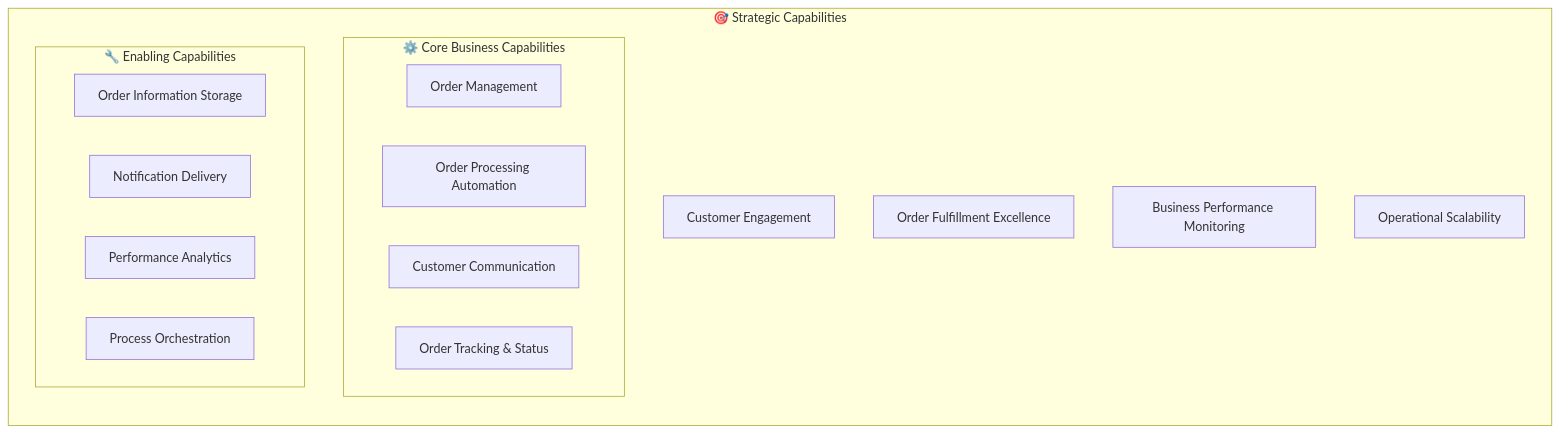
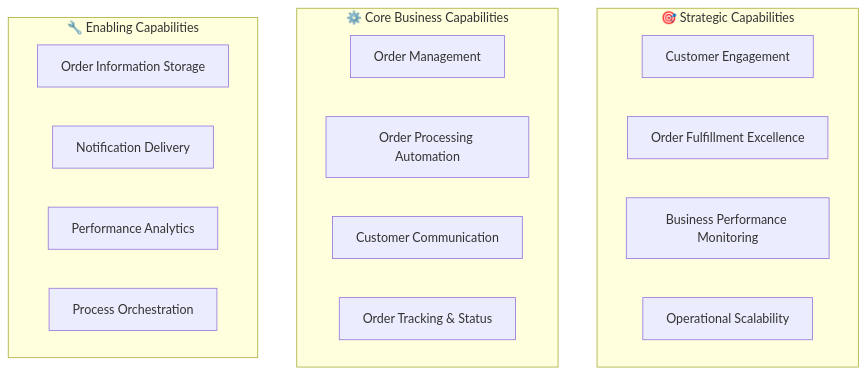
Before and after one commit to Evilazaro/Azure-LogicApps-Monitoring: the first of 8 diagrams in docs/architecture/business-architecture.md, drawn with Mermaid.

Commit message:
docs: Change flowchart direction from TD to LR for improved clarity in Business Architecture document

````diff
--- a/docs/architecture/business-architecture.md
+++ b/docs/architecture/business-architecture.md
@@ -126,25 +126,26 @@
 ```mermaid
 flowchart TD
     subgraph strategic["🎯 Strategic Capabilities"]
-        direction TD
+        direction LR
         SC1["Customer Engagement"]
         SC2["Order Fulfillment Excellence"]
         SC3["Business Performance Monitoring"]
         SC4["Operational Scalability"]
-        subgraph core["⚙️ Core Business Capabilities"]
-            direction LR
-            CC1["Order Management"]
-            CC2["Order Processing Automation"]
-            CC3["Customer Communication"]
-            CC4["Order Tracking & Status"]
-        end
-        subgraph enabling["🔧 Enabling Capabilities"]
-            direction LR
-            EC1["Order Information Storage"]
-            EC2["Notification Delivery"]
-            EC3["Performance Analytics"]
-            EC4["Process Orchestration"]
-        end
+        
+    end
+    subgraph core["⚙️ Core Business Capabilities"]
+        direction LR
+        CC1["Order Management"]
+        CC2["Order Processing Automation"]
+        CC3["Customer Communication"]
+        CC4["Order Tracking & Status"]
+    end
+    subgraph enabling["🔧 Enabling Capabilities"]
+        direction LR
+        EC1["Order Information Storage"]
+        EC2["Notification Delivery"]
+        EC3["Performance Analytics"]
+        EC4["Process Orchestration"]
     end
 
 ```
````
